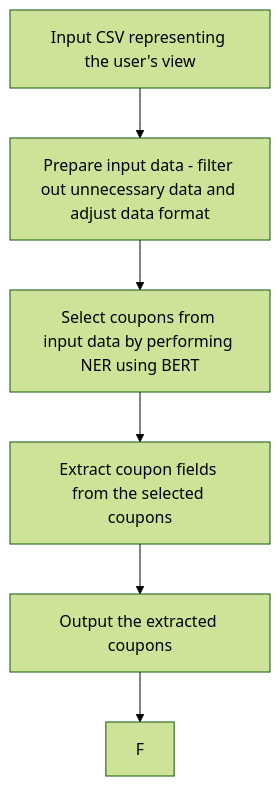
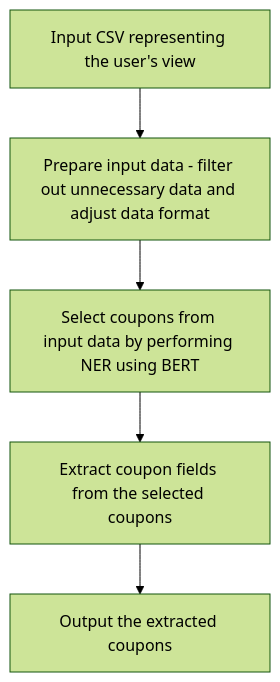
One commit to ZPP-MURMURAS/ZPP_Murmuras changed the first of 2 diagrams in docs/terminology_doc.md. Above: the diagram before and after it, drawn with Mermaid (forest theme). The commit also changed other lines of this file, not shown here.

````diff
--- a/docs/terminology_doc.md
+++ b/docs/terminology_doc.md
@@ -159,8 +159,7 @@
 ```mermaid
 graph TD;
     A[Input CSV representing the user's view]-->B;
     B[Prepare input data - filter out unnecessary data and adjust data format]-->C;
     C[Select coupons from input data by performing NER using BERT]-->D;
-    D[Extract coupon fields from the selected coupons]-->E;
-    E[Output the extracted coupons]-->F;
+    D[Extract coupon fields from the selected coupons]-->E[Output the extracted coupons];
 ```
````
